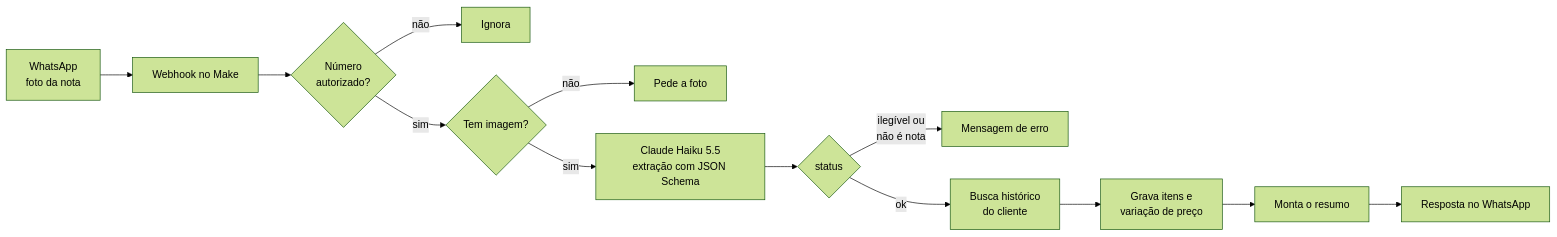
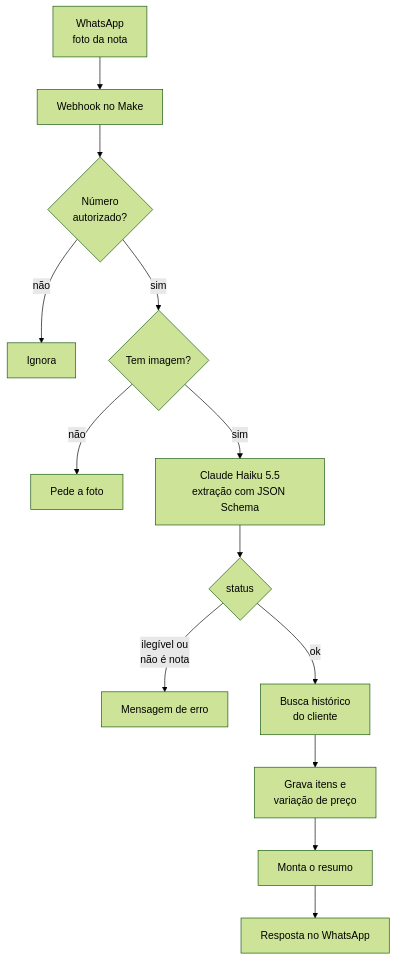
One commit to fabricio200408/SmartVitta changed the diagram in README.md. Above: the diagram before and after it, drawn with Mermaid (forest theme).

````diff
--- a/README.md
+++ b/README.md
@@ -32,15 +32,15 @@
 ```mermaid
-flowchart LR
+flowchart TD
     A[WhatsApp<br/>foto da nota] --> B[Webhook no Make]
     B --> C{Número<br/>autorizado?}
     C -->|não| X[Ignora]
     C -->|sim| D{Tem imagem?}
     D -->|não| E[Pede a foto]
     D -->|sim| F[Claude Haiku 5.5<br/>extração com JSON Schema]
     F --> G{status}
     G -->|ilegível ou<br/>não é nota| H[Mensagem de erro]
     G -->|ok| I[Busca histórico<br/>do cliente]
     I --> J[Grava itens e<br/>variação de preço]
     J --> K[Monta o resumo]
     K --> L[Resposta no WhatsApp]
 ```
````
